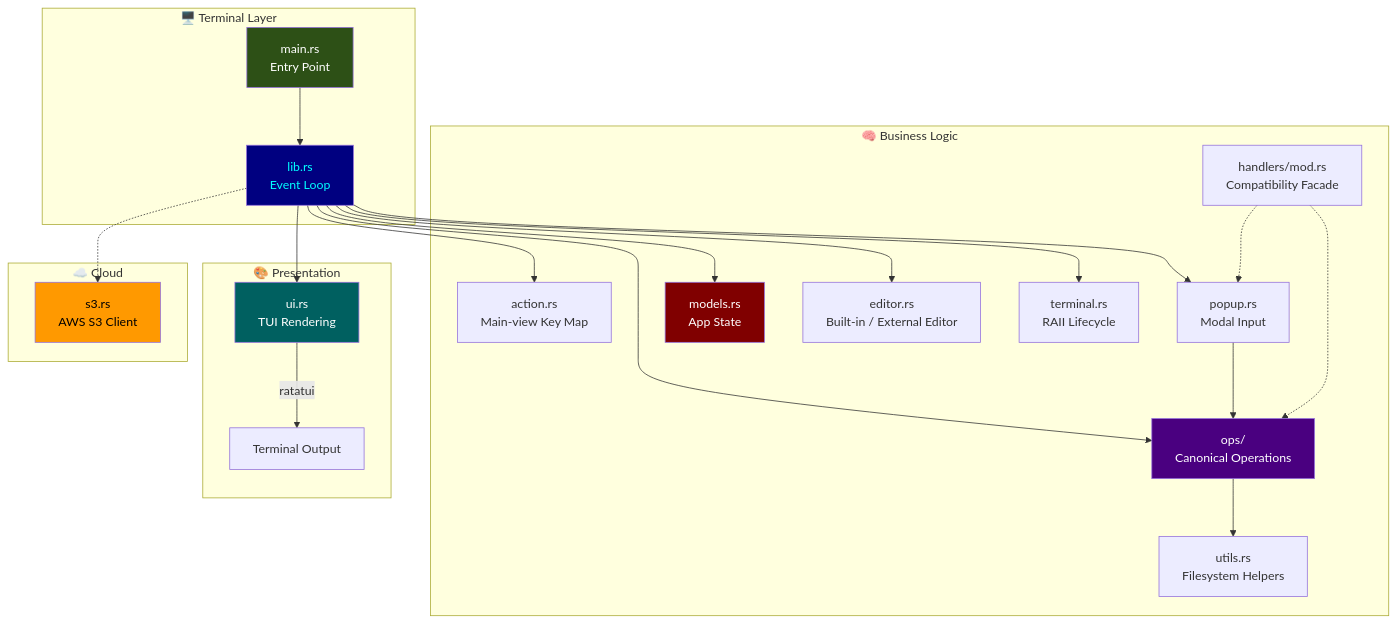
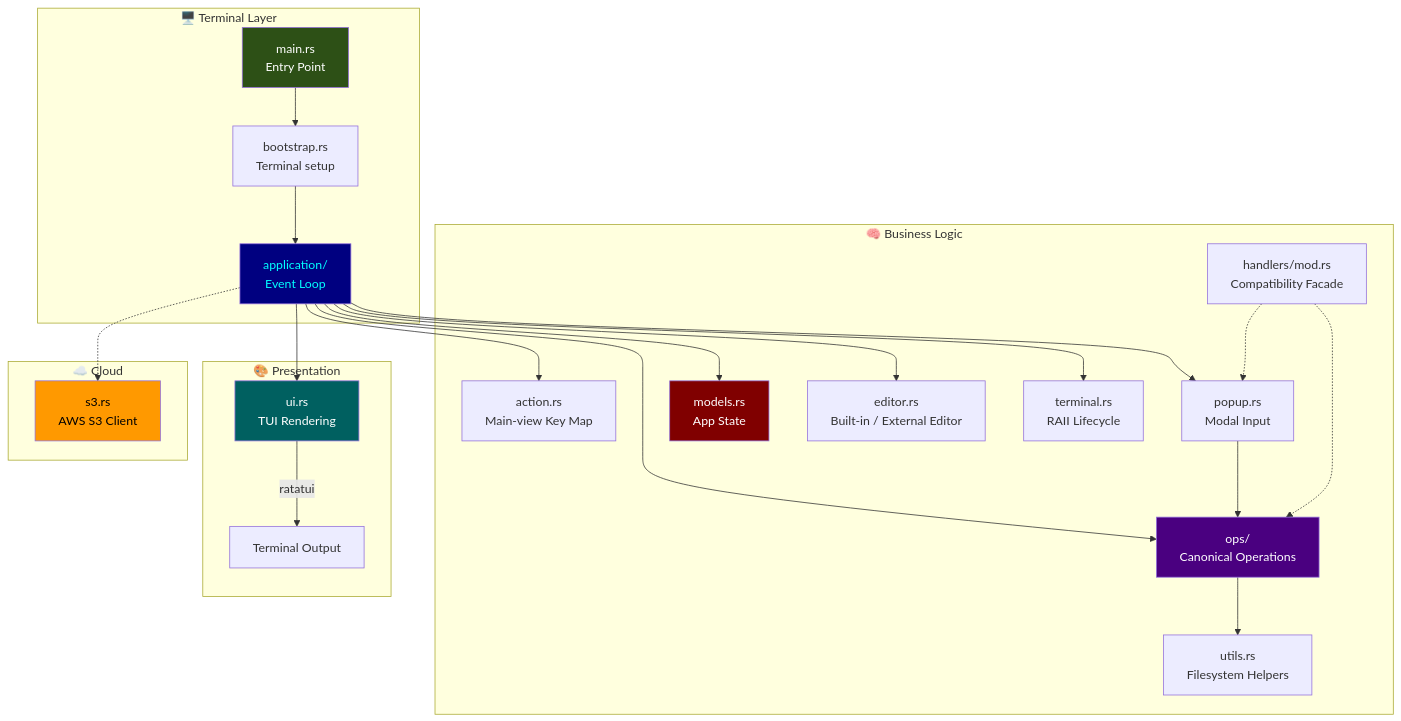
One commit to stden/FunnyFileManager changed the second of 12 diagrams in TUTORIAL.md. Above: the diagram before and after it, drawn with Mermaid. The commit also changed other lines of this file and 18 other files, not shown here.

````diff
--- a/TUTORIAL.md
+++ b/TUTORIAL.md
@@ -94,35 +94,36 @@
 ```mermaid
 graph TB
     subgraph "🖥️ Terminal Layer"
-        MAIN[main.rs<br/>Entry Point] --> LIB[lib.rs<br/>Event Loop]
+        MAIN[main.rs<br/>Entry Point] --> BOOT[bootstrap.rs<br/>Terminal setup]
+        BOOT --> APP[application/<br/>Event Loop]
     end
 
     subgraph "🧠 Business Logic"
-        LIB --> ACTION[action.rs<br/>Main-view Key Map]
-        LIB --> POPUP[popup.rs<br/>Modal Input]
-        LIB --> OPS[ops/<br/>Canonical Operations]
-        LIB --> MODELS[models.rs<br/>App State]
+        APP --> ACTION[action.rs<br/>Main-view Key Map]
+        APP --> POPUP[popup.rs<br/>Modal Input]
+        APP --> OPS[ops/<br/>Canonical Operations]
+        APP --> MODELS[models.rs<br/>App State]
         POPUP --> OPS
         OPS --> UTILS[utils.rs<br/>Filesystem Helpers]
-        LIB --> EDITOR[editor.rs<br/>Built-in / External Editor]
-        LIB --> TERMINAL[terminal.rs<br/>RAII Lifecycle]
+        APP --> EDITOR[editor.rs<br/>Built-in / External Editor]
+        APP --> TERMINAL[terminal.rs<br/>RAII Lifecycle]
         HANDLERS[handlers/mod.rs<br/>Compatibility Facade] -.-> OPS
         HANDLERS -.-> POPUP
     end
 
     subgraph "🎨 Presentation"
-        LIB --> UI[ui.rs<br/>TUI Rendering]
+        APP --> UI[ui.rs<br/>TUI Rendering]
         UI --> |ratatui| TERM[Terminal Output]
     end
 
     subgraph "☁️ Cloud"
-        LIB -.-> S3[s3.rs<br/>AWS S3 Client]
+        APP -.-> S3[s3.rs<br/>AWS S3 Client]
     end
 
     style MAIN fill:#2d5016,color:#fff
-    style LIB fill:#000080,color:#00ffff
+    style APP fill:#000080,color:#00ffff
     style OPS fill:#4a0080,color:#fff
     style MODELS fill:#800000,color:#fff
     style UI fill:#006060,color:#fff
     style S3 fill:#ff9900,color:#000
 ```
````
